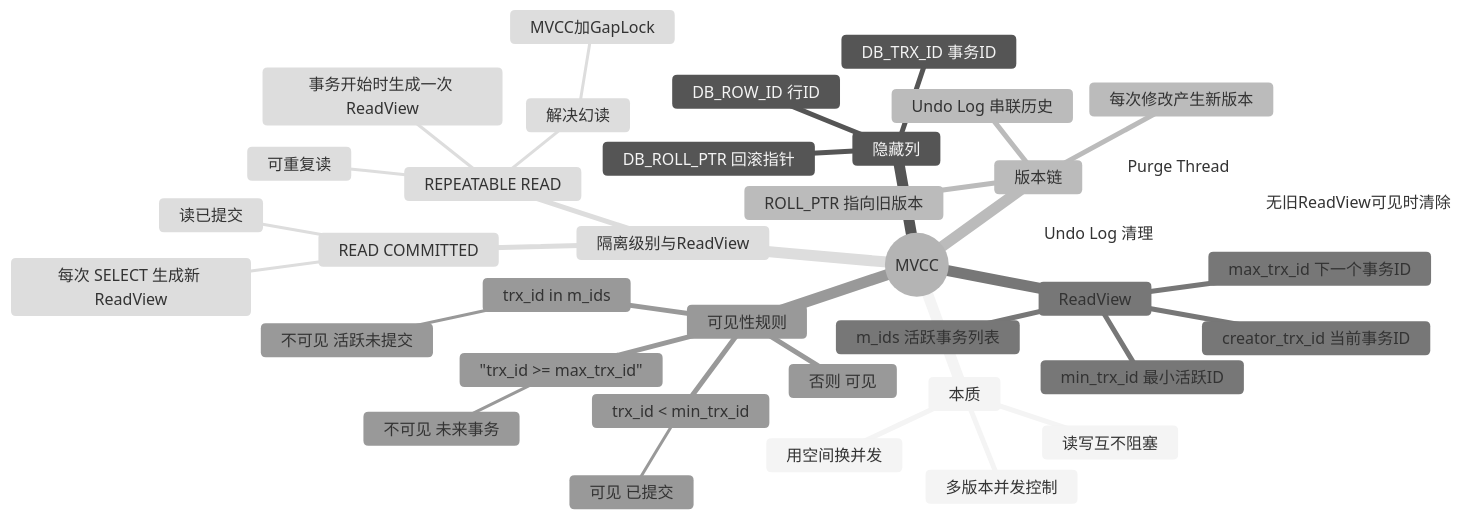
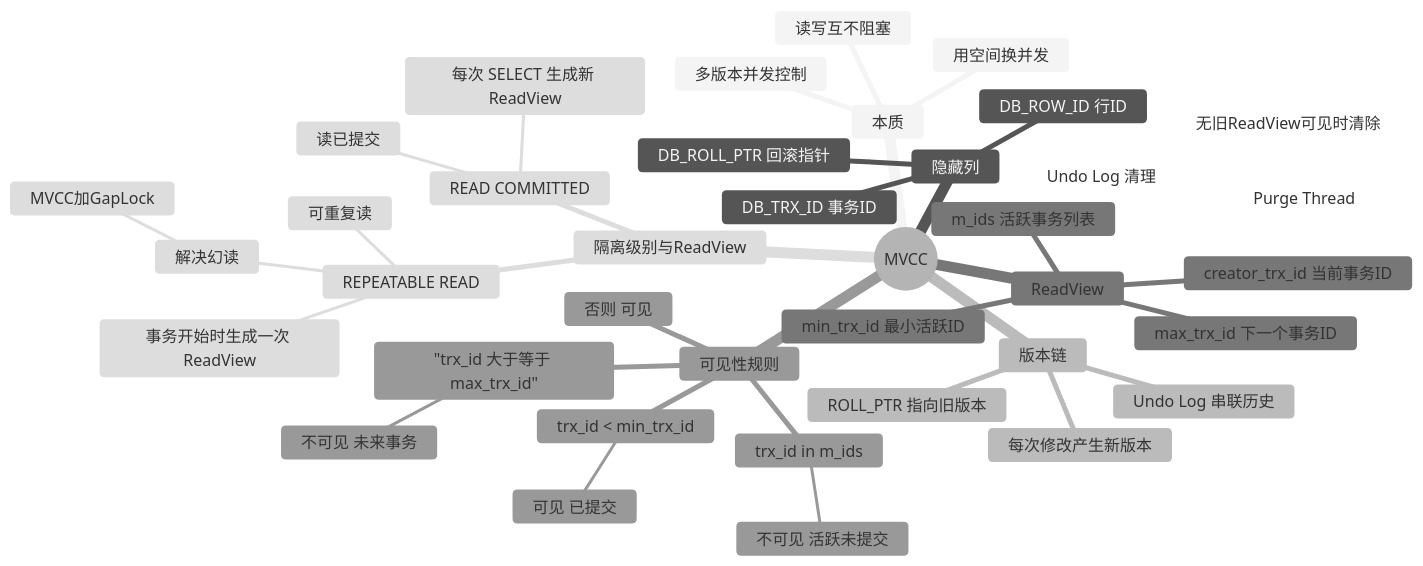
Before and after one commit to jingyu525/mysql-first-principles: the sixth of 11 diagrams in appendix/mind-maps/README.md, drawn with Mermaid (neutral theme). The commit also changed other lines of this file, not shown here.

Commit message:
fix: 移除 Mermaid mindmap 中所有特殊字符（= + % 括号），改用纯文本描述

````diff
--- a/appendix/mind-maps/README.md
+++ b/appendix/mind-maps/README.md
@@ -252,41 +252,41 @@
 ```mermaid
 mindmap
   root((MVCC))
     本质
       多版本并发控制
       读写互不阻塞
       用空间换并发
     隐藏列
       DB_TRX_ID 事务ID
       DB_ROLL_PTR 回滚指针
       DB_ROW_ID 行ID
     版本链
       每次修改产生新版本
       Undo Log 串联历史
       ROLL_PTR 指向旧版本
     ReadView
       m_ids 活跃事务列表
       min_trx_id 最小活跃ID
       max_trx_id 下一个事务ID
       creator_trx_id 当前事务ID
     可见性规则
       trx_id < min_trx_id
         可见 已提交
-      "trx_id >= max_trx_id"
+      "trx_id 大于等于 max_trx_id"
         不可见 未来事务
       trx_id in m_ids
         不可见 活跃未提交
       否则 可见
     隔离级别与ReadView
       READ COMMITTED
         每次 SELECT 生成新 ReadView
         读已提交
       REPEATABLE READ
         事务开始时生成一次 ReadView
         可重复读
         解决幻读
           MVCC加GapLock
     Undo Log 清理
       Purge Thread
       无旧ReadView可见时清除
 ```
````
